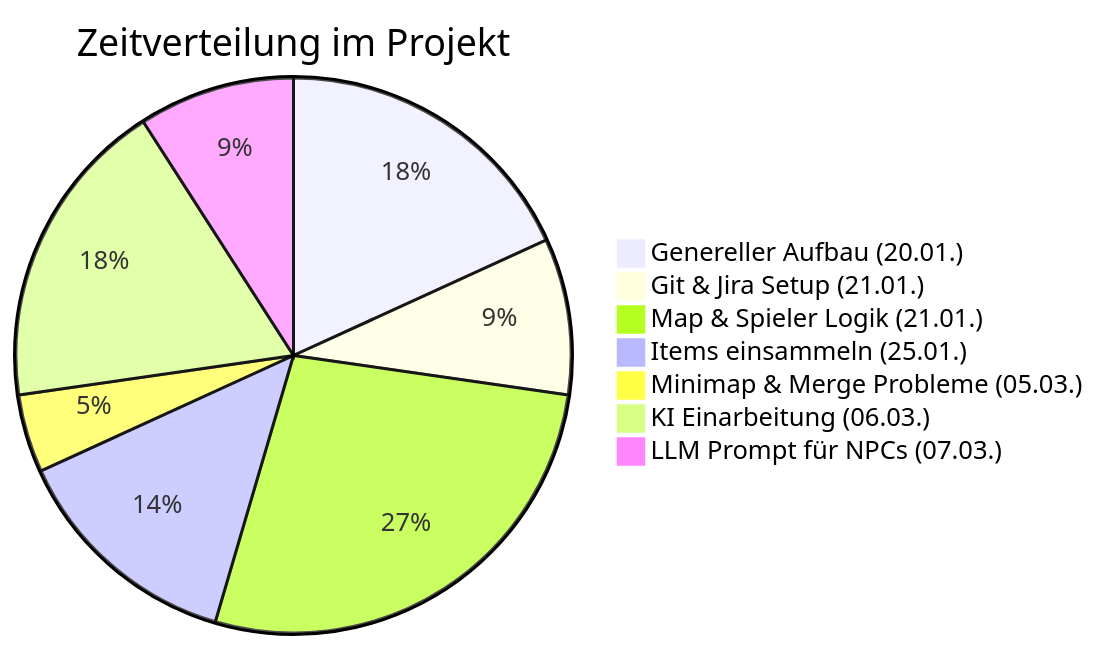
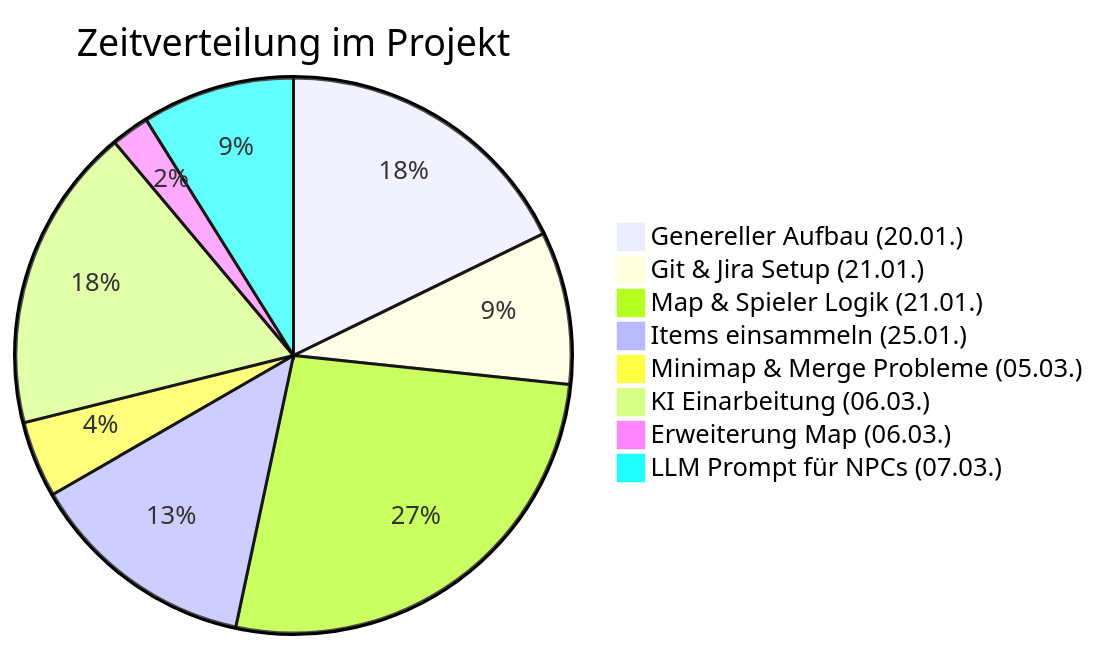
One commit to cipher-shad0w/Harvest-Heaven changed the diagram in Lastenheft.md. Above: the diagram before and after it, drawn with Mermaid. The commit also changed other lines of this file and 1 other file, not shown here.

Commit message:
stand 06.03. Lastenheft

````diff
--- a/Lastenheft.md
+++ b/Lastenheft.md
@@ -5,11 +5,12 @@
 ```mermaid
-pie
-    title Zeitverteilung im Projekt
-    "Genereller Aufbau (20.01.)" : 4
-    "Git & Jira Setup (21.01.)" : 2
-    "Map & Spieler Logik (21.01.)" : 6
-    "Items einsammeln (25.01.)" : 3
-    "Minimap & Merge Probleme (05.03.)" : 1
-    "KI Einarbeitung (06.03.)" : 4
-    "LLM Prompt für NPCs (07.03.)" : 2
+pie 
+title Zeitverteilung im Projekt 
+"Genereller Aufbau (20.01.)" : 4 
+"Git & Jira Setup (21.01.)" : 2 
+"Map & Spieler Logik (21.01.)" : 6 
+"Items einsammeln (25.01.)" : 3 
+"Minimap & Merge Probleme (05.03.)" : 1 
+"KI Einarbeitung (06.03.)" : 4 
+"Erweiterung Map (06.03.)" : 0.5 
+"LLM Prompt für NPCs (07.03.)" : 2 
 ```
````
